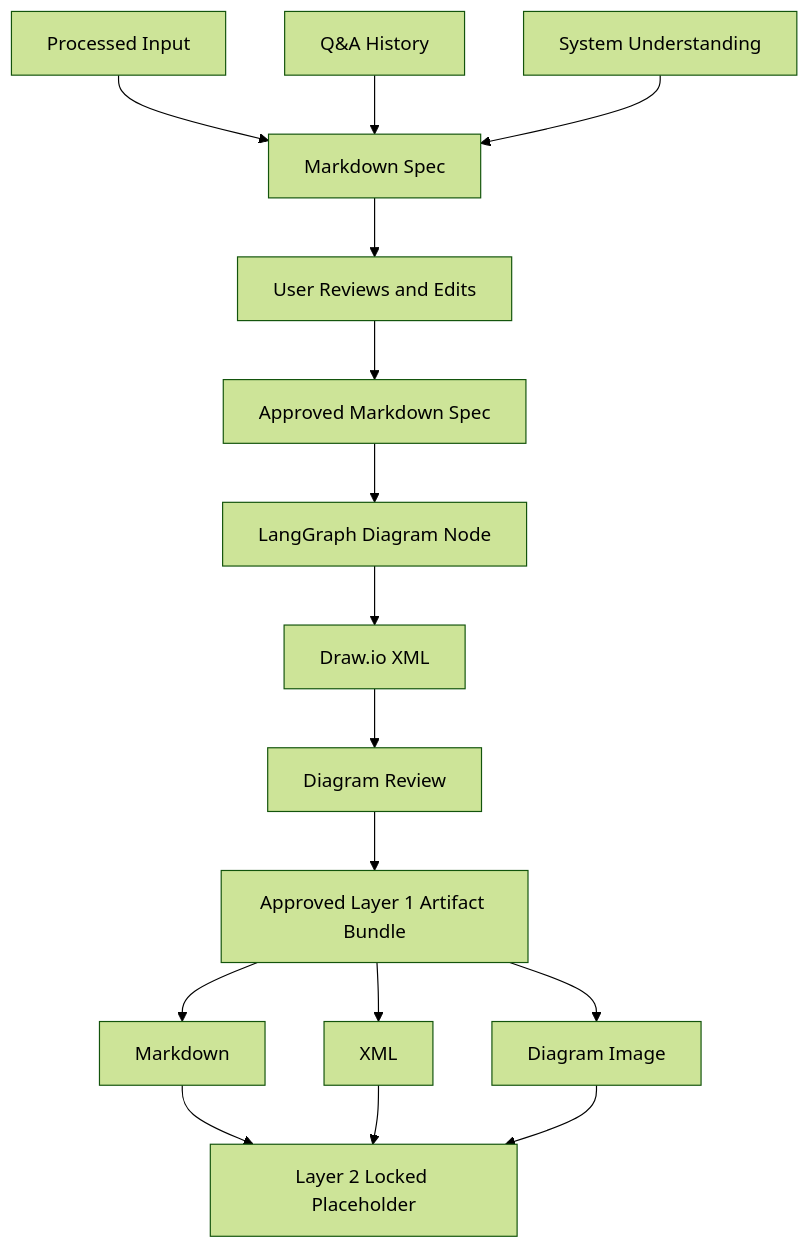
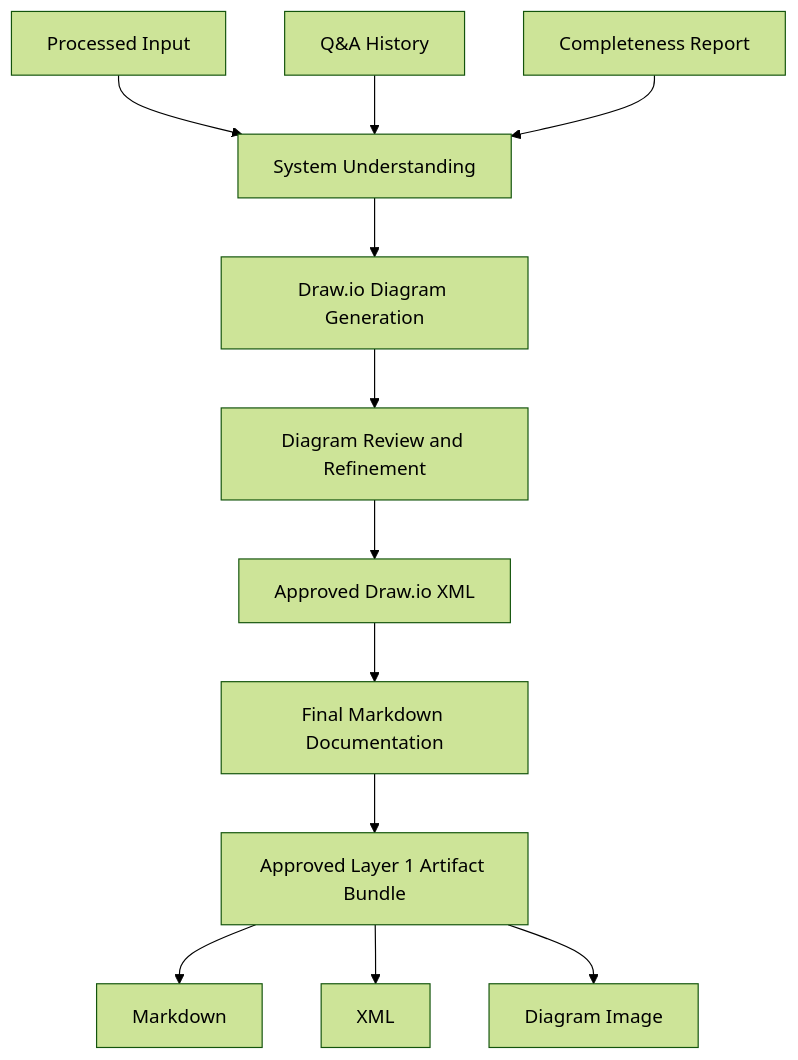
One commit to ProductMasterz/Mujarrad-Frontend changed diagram 16 of 19 in Docs/system-design-detailed-plan.md. Above: the diagram before and after it, drawn with Mermaid (forest theme). The commit also changed other lines of this file, not shown here.

Commit message:
Sync corrected system design roadmap

````diff
--- a/Docs/system-design-detailed-plan.md
+++ b/Docs/system-design-detailed-plan.md
@@ -2329,18 +2412,14 @@
 ```mermaid
 flowchart TD
-    A[Processed Input] --> D[Markdown Spec]
+    A[Processed Input] --> D[System Understanding]
     B[Q&A History] --> D
-    C[System Understanding] --> D
-    D --> E[User Reviews and Edits]
-    E --> F[Approved Markdown Spec]
-    F --> G[LangGraph Diagram Node]
-    G --> H[Draw.io XML]
-    H --> I[Diagram Review]
-    I --> J[Approved Layer 1 Artifact Bundle]
-    J --> J1[Markdown]
-    J --> J2[XML]
-    J --> J3[Diagram Image]
-    J1 --> K[Layer 2 Locked Placeholder]
-    J2 --> K
-    J3 --> K
+    C[Completeness Report] --> D
+    D --> E[Draw.io Diagram Generation]
+    E --> F[Diagram Review and Refinement]
+    F --> G[Approved Draw.io XML]
+    G --> H[Final Markdown Documentation]
+    H --> I[Approved Layer 1 Artifact Bundle]
+    I --> I1[Markdown]
+    I --> I2[XML]
+    I --> I3[Diagram Image]
 ```
````
